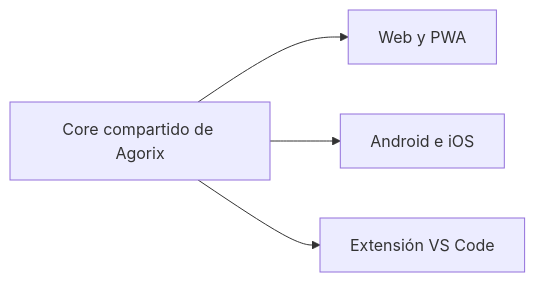
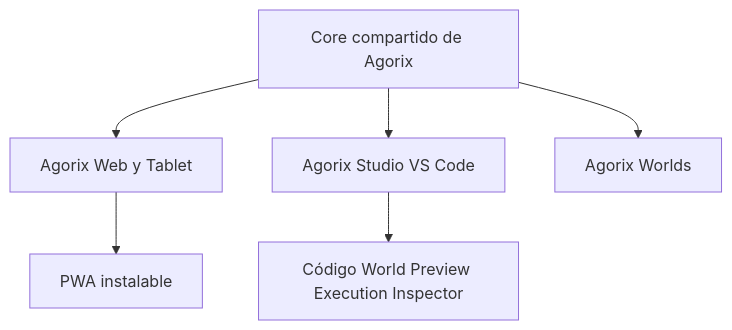
Before and after one commit to Modern-Ash/agorix: diagram 18 of 21 in README.es.md, drawn with Mermaid. The commit also changed other lines of this file, not shown here.

Commit message:
docs: describir arquitectura UX tablet-first y Agorix Studio

````diff
--- a/README.es.md
+++ b/README.es.md
@@ -629,7 +768,9 @@
 ```mermaid
-flowchart LR
+flowchart TB
     CORE[Core compartido de Agorix]
-    CORE --> WEB[Web y PWA]
-    CORE --> MOBILE[Android e iOS]
-    CORE --> VSC[Extensión VS Code]
+    CORE --> WEB[Agorix Web y Tablet]
+    CORE --> STUDIO[Agorix Studio VS Code]
+    CORE --> WORLDS[Agorix Worlds]
+    WEB --> PWA[PWA instalable]
+    STUDIO --> IDE[Código World Preview Execution Inspector]
 ```
````
